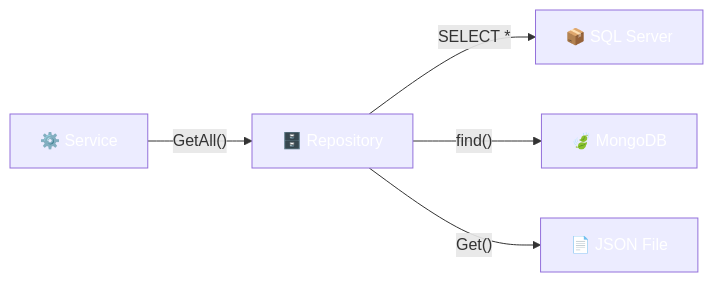
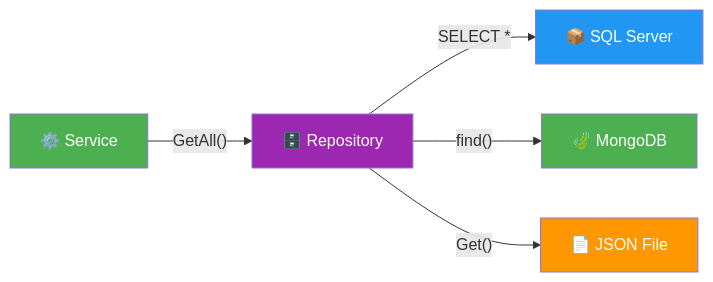
Before and after one commit to joseluisgs/DesarrolloWebEntornosServidor-02-2026-2027: the third of 6 diagrams in 05-arquitectura-pipeline.md, drawn with Mermaid. The commit also changed other lines of this file and 29 other files, not shown here.

Commit message:
docs: corregir estilos Mermaid y estilo, quitar referencias a la Tienda y reestructurar los retos 13 y 15

````diff
--- a/05-arquitectura-pipeline.md
+++ b/05-arquitectura-pipeline.md
@@ -142,12 +142,12 @@
 ```mermaid
 flowchart LR
     A["⚙️ Service"] -->|"GetAll()"| B["🗄️ Repository"]
     B -->|"SELECT *"| C["📦 SQL Server"]
     B -->|"find()"| D["🍃 MongoDB"]
     B -->|"Get()"| E["📄 JSON File"]
-    style A fill:#4CAF5,color:#fff0,color:#fff
-    style B fill:#9C27B,color:#fff0,color:#fff
-    style C fill:#2196F,color:#fff3,color:#fff
-    style D fill:#4CAF5,color:#fff0,color:#fff
-    style E fill:#FF980,color:#fff0,color:#fff
+    style A fill:#4CAF50,color:#fff
+    style B fill:#9C27B0,color:#fff
+    style C fill:#2196F3,color:#fff
+    style D fill:#4CAF50,color:#fff
+    style E fill:#FF9800,color:#fff
 ```
````
